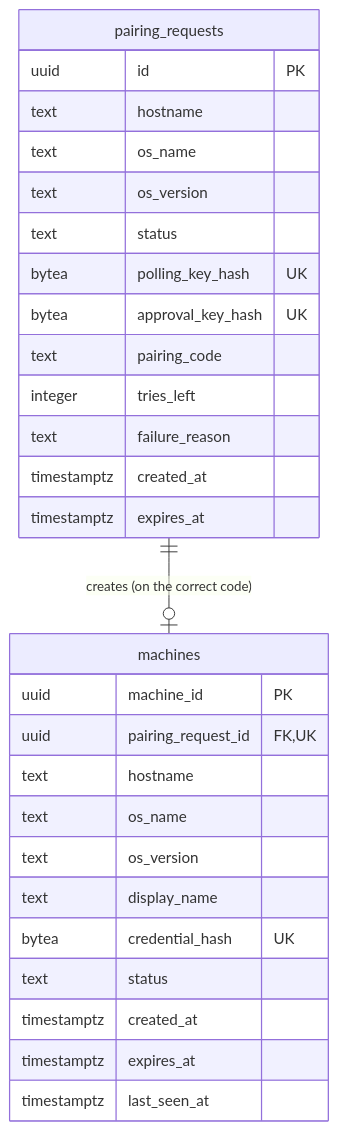
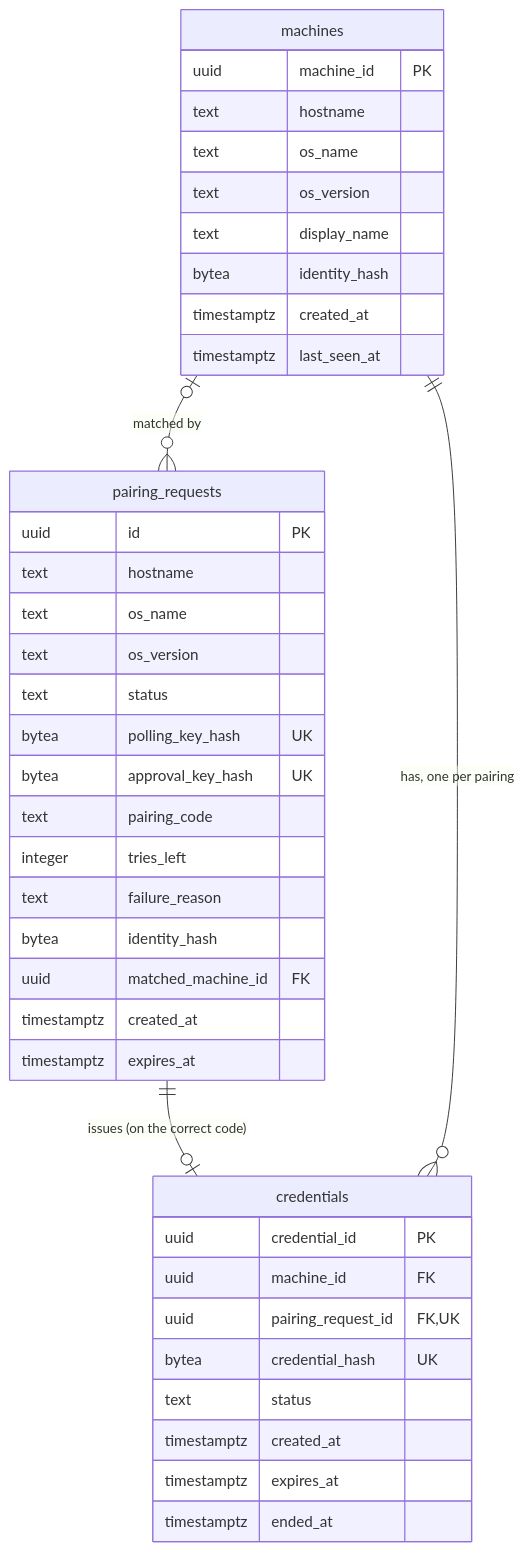
One commit to BertPratya/tervi changed the first of 3 diagrams in design/data-model.md. Above: the diagram before and after it, drawn with Mermaid. The commit also changed other lines of this file, not shown here.

First line of the commit message:
design: data model for 0003: credentials table, identity and match, credential_revoked stop reason

````diff
--- a/design/data-model.md
+++ b/design/data-model.md
@@ -13,31 +13,42 @@
 ```mermaid
 erDiagram
-    pairing_requests ||--o| machines : "creates (on the correct code)"
+    pairing_requests ||--o| credentials : "issues (on the correct code)"
+    machines ||--o{ credentials : "has, one per pairing"
+    machines |o--o{ pairing_requests : "matched by"
     pairing_requests {
         uuid id PK
         text hostname
         text os_name
         text os_version
         text status
         bytea polling_key_hash UK
         bytea approval_key_hash UK
         text pairing_code
         integer tries_left
         text failure_reason
+        bytea identity_hash
+        uuid matched_machine_id FK
         timestamptz created_at
         timestamptz expires_at
     }
     machines {
         uuid machine_id PK
-        uuid pairing_request_id FK,UK
         text hostname
         text os_name
         text os_version
         text display_name
+        bytea identity_hash
+        timestamptz created_at
+        timestamptz last_seen_at
+    }
+    credentials {
+        uuid credential_id PK
+        uuid machine_id FK
+        uuid pairing_request_id FK,UK
         bytea credential_hash UK
         text status
         timestamptz created_at
         timestamptz expires_at
-        timestamptz last_seen_at
+        timestamptz ended_at
     }
 ```
````
